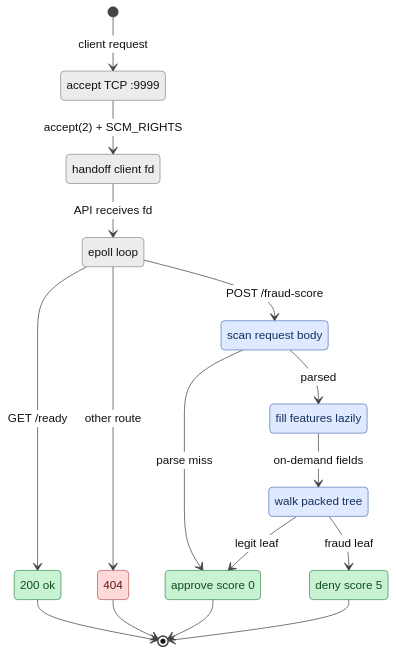
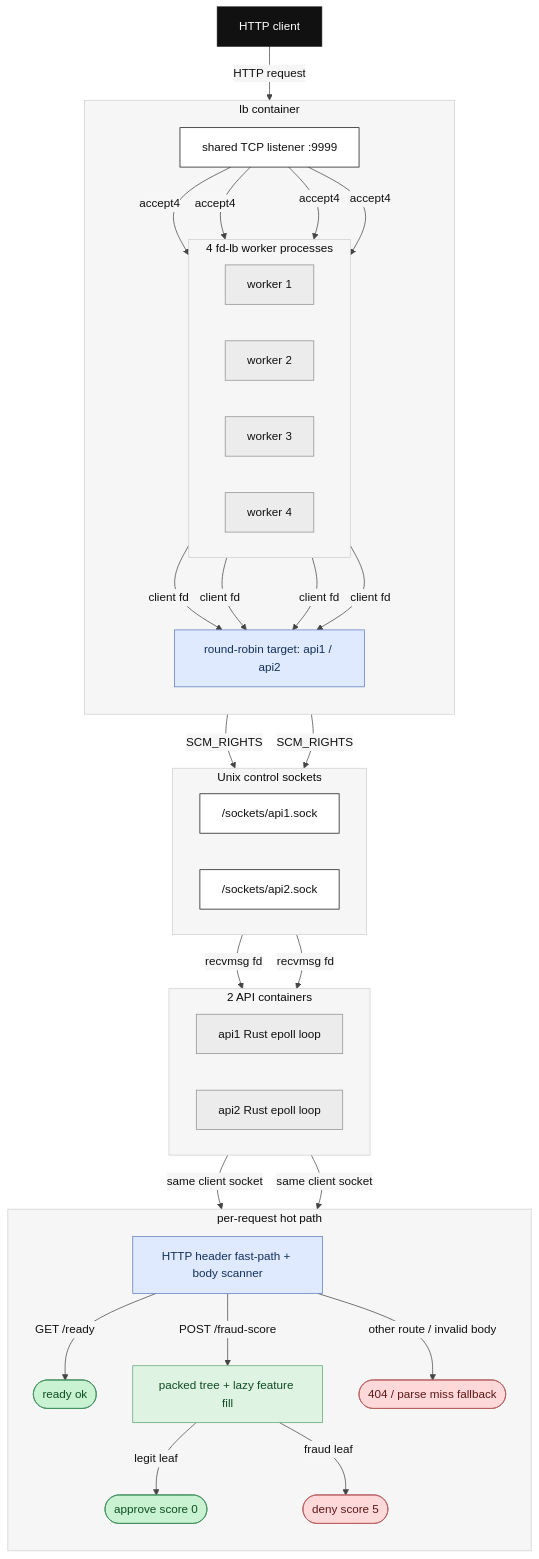
Before and after one commit to henrycunh/rinha26-rust: the second of 2 diagrams in README.md, drawn with Mermaid. The commit also changed other lines of this file and 3 other files, not shown here.

Commit message:
perf(lb): use multi-worker fd handoff

````diff
--- a/README.md
+++ b/README.md
@@ -73,41 +79,71 @@
 ```mermaid
-%%{init: {"theme": "base", "themeVariables": {"fontFamily": "ui-sans-serif, system-ui, sans-serif", "primaryColor": "#ffffff", "primaryTextColor": "#111111", "primaryBorderColor": "#111111", "lineColor": "#444444", "textColor": "#111111"}}}%%
-stateDiagram-v2
-  direction TB
+%%{init: {"theme": "base", "themeVariables": {"fontFamily": "ui-sans-serif, system-ui, sans-serif", "primaryColor": "#ffffff", "primaryTextColor": "#111111", "primaryBorderColor": "#111111", "lineColor": "#444444", "textColor": "#111111", "secondaryColor": "#f6f6f6", "tertiaryColor": "#f6f6f6", "clusterBkg": "#f6f6f6", "clusterBorder": "#cfcfcf"}}}%%
+flowchart TB
+  CLIENT["HTTP client"]:::actor
 
-  state "accept TCP :9999" as AcceptTcp
-  state "handoff client fd" as HandoffFd
-  state "epoll loop" as EpollLoop
-  state "scan request body" as ScanBody
-  state "fill features lazily" as FillFeatures
-  state "walk packed tree" as WalkTree
-  state "200 ok" as Ready
-  state "404" as NotFound
-  state "approve score 0" as Approve
-  state "deny score 5" as Deny
+  subgraph LB["lb container"]
+    direction TB
+    LISTENER["shared TCP listener :9999"]:::edge
 
-  [*] --> AcceptTcp: client request
-  AcceptTcp --> HandoffFd: accept(2) + SCM_RIGHTS
-  HandoffFd --> EpollLoop: API receives fd
-  EpollLoop --> Ready: GET /ready
-  EpollLoop --> ScanBody: POST /fraud-score
-  EpollLoop --> NotFound: other route
-  ScanBody --> FillFeatures: parsed
-  ScanBody --> Approve: parse miss
-  FillFeatures --> WalkTree: on-demand fields
-  WalkTree --> Approve: legit leaf
-  WalkTree --> Deny: fraud leaf
-  Ready --> [*]
-  NotFound --> [*]
-  Approve --> [*]
-  Deny --> [*]
+    subgraph WORKERS["4 fd-lb worker processes"]
+      direction LR
+      W1["worker 1"]:::core
+      W2["worker 2"]:::core
+      W3["worker 3"]:::core
+      W4["worker 4"]:::core
+    end
 
+    PICK["round-robin target: api1 / api2"]:::work
+  end
+
+  subgraph SOCKETS["Unix control sockets"]
+    direction LR
+    S1["/sockets/api1.sock"]:::edge
+    S2["/sockets/api2.sock"]:::edge
+  end
+
+  subgraph APIS["2 API containers"]
+    direction LR
+    API1["api1 Rust epoll loop"]:::core
+    API2["api2 Rust epoll loop"]:::core
+  end
+
+  subgraph HOT["per-request hot path"]
+    direction TB
+    PARSE["HTTP header fast-path + body scanner"]:::work
+    TREE["packed tree + lazy feature fill"]:::data
+    APPROVE(["approve score 0"]):::endok
+    DENY(["deny score 5"]):::enderr
+    READY(["ready ok"]):::endok
+    MISS(["404 / parse miss fallback"]):::enderr
+  end
+
+  CLIENT -->|"HTTP request"| LISTENER
+  LISTENER -->|"accept4"| W1
+  LISTENER -->|"accept4"| W2
+  LISTENER -->|"accept4"| W3
+  LISTENER -->|"accept4"| W4
+  W1 -->|"client fd"| PICK
+  W2 -->|"client fd"| PICK
+  W3 -->|"client fd"| PICK
+  W4 -->|"client fd"| PICK
+  PICK -->|"SCM_RIGHTS"| S1
+  PICK -->|"SCM_RIGHTS"| S2
+  S1 -->|"recvmsg fd"| API1
+  S2 -->|"recvmsg fd"| API2
+  API1 -->|"same client socket"| PARSE
+  API2 -->|"same client socket"| PARSE
+  PARSE -->|"GET /ready"| READY
+  PARSE -->|"POST /fraud-score"| TREE
+  PARSE -->|"other route / invalid body"| MISS
+  TREE -->|"legit leaf"| APPROVE
+  TREE -->|"fraud leaf"| DENY
+
+  classDef actor fill:#111111,color:#ffffff,stroke:#111111,stroke-width:1px
+  classDef edge fill:#ffffff,color:#111111,stroke:#111111,stroke-width:1px
   classDef core fill:#ececec,color:#111111,stroke:#8f8f8f,stroke-width:1px
   classDef work fill:#dfe9ff,color:#13315c,stroke:#5b7bbf,stroke-width:1px
+  classDef data fill:#dff3e3,color:#0f4d23,stroke:#5da776,stroke-width:1px
   classDef endok fill:#c8f2d2,color:#0f4d23,stroke:#3f8f5b,stroke-width:1px
   classDef enderr fill:#ffd9d9,color:#5e1717,stroke:#b65b5b,stroke-width:1px
-  class AcceptTcp,HandoffFd,EpollLoop core
-  class ScanBody,FillFeatures,WalkTree work
-  class Ready,Approve,Deny endok
-  class NotFound enderr
 ```
````
